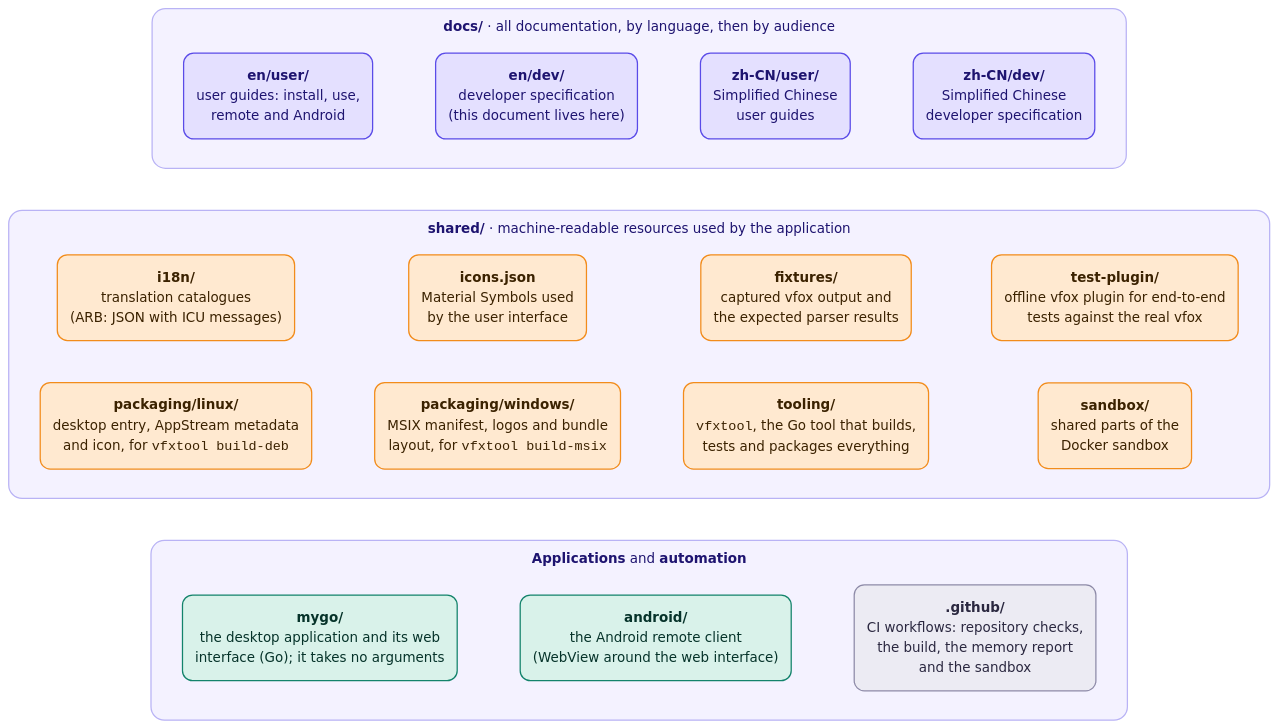
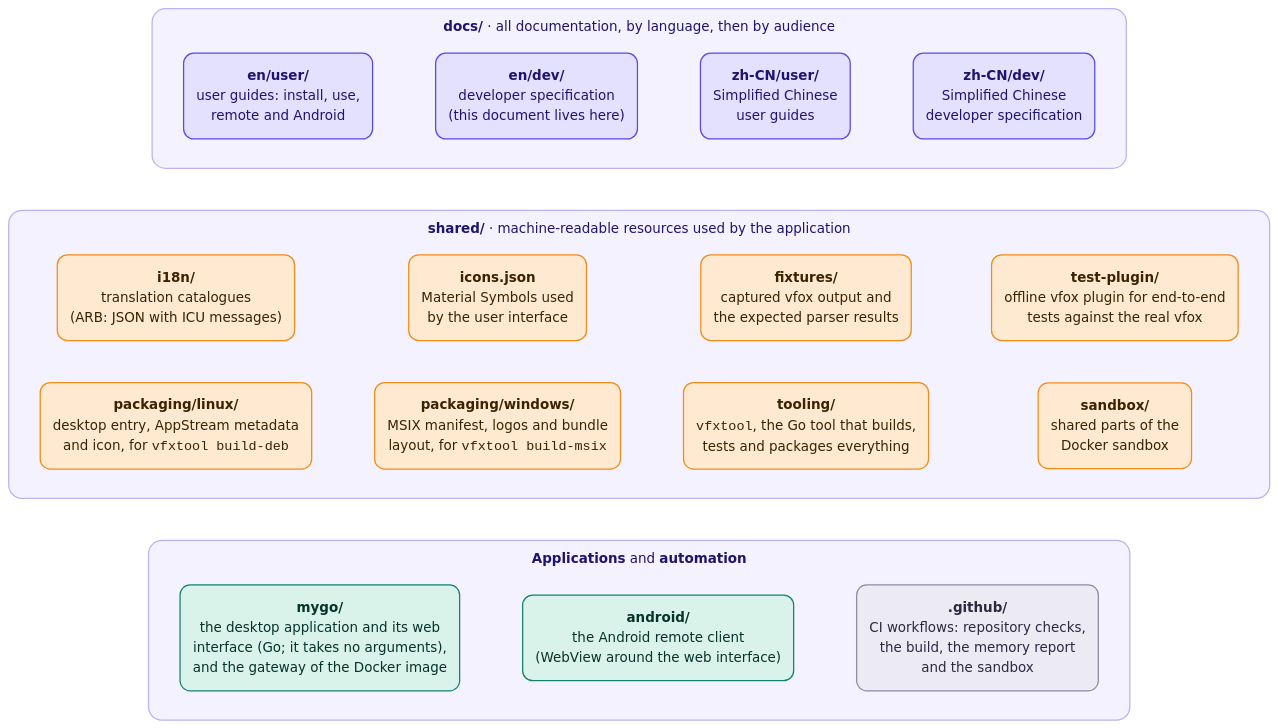
The first of 5 diagrams in docs/en/dev/architecture.md (version-fox/vfox-plus), drawn with Mermaid before and after one commit. The commit also changed other lines of this file and 13 other files, not shown here.

````diff
--- a/docs/en/dev/architecture.md
+++ b/docs/en/dev/architecture.md
@@ -14,51 +14,51 @@
 ```mermaid
 ---
 config:
   theme: base
   themeVariables:
     fontFamily: "system-ui, -apple-system, 'Segoe UI', 'Noto Sans', 'Noto Sans CJK SC', 'PingFang SC', 'Microsoft YaHei', sans-serif"
     lineColor: "#7C79A8"
     primaryColor: "#FFE9D0"
     primaryBorderColor: "#F28C1B"
     primaryTextColor: "#3B2200"
     clusterBkg: "#F4F2FF"
     clusterBorder: "#B9B3F5"
     titleColor: "#1E1470"
     edgeLabelBackground: "#FFFFFF"
   flowchart:
     curve: basis
     wrappingWidth: 320
     subGraphTitleMargin:
       top: 10
       bottom: 8
 ---
 flowchart TB
     accTitle: Repository layout
-    accDescr: docs holds the documentation, shared the resources used by the application, mygo and android the applications, and .github the CI workflows.
+    accDescr: docs holds the documentation, shared the resources used by the application, mygo the application and the gateway of the Docker image, android the Android client, and .github the CI workflows.
     subgraph docs["<b>docs/</b> · all documentation, by language, then by audience"]
         direction LR
         d1("<b>en/user/</b><br/>user guides: install, use,<br/>remote and Android") ~~~ d2("<b>en/dev/</b><br/>developer specification<br/>(this document lives here)") ~~~ d3("<b>zh-CN/user/</b><br/>Simplified Chinese<br/>user guides") ~~~ d4("<b>zh-CN/dev/</b><br/>Simplified Chinese<br/>developer specification")
     end
     subgraph shared["<b>shared/</b> · machine-readable resources used by the application"]
         direction LR
         s1("<b>i18n/</b><br/>translation catalogues<br/>(ARB: JSON with ICU messages)") ~~~ s2("<b>icons.json</b><br/>Material Symbols used<br/>by the user interface") ~~~ s3("<b>fixtures/</b><br/>captured vfox output and<br/>the expected parser results") ~~~ s4("<b>test-plugin/</b><br/>offline vfox plugin for end-to-end<br/>tests against the real vfox")
         s5("<b>packaging/linux/</b><br/>desktop entry, AppStream metadata<br/>and icon, for <code>vfxtool build-deb</code>") ~~~ s6("<b>packaging/windows/</b><br/>MSIX manifest, logos and bundle<br/>layout, for <code>vfxtool build-msix</code>") ~~~ s7("<b>tooling/</b><br/><code>vfxtool</code>, the Go tool that builds,<br/>tests and packages everything") ~~~ s8("<b>sandbox/</b><br/>shared parts of the<br/>Docker sandbox")
     end
     subgraph code["<b>Applications</b> and <b>automation</b>"]
         direction LR
-        m("<b>mygo/</b><br/>the desktop application and its web<br/>interface (Go); it takes no arguments") ~~~ a("<b>android/</b><br/>the Android remote client<br/>(WebView around the web interface)") ~~~ g("<b>.github/</b><br/>CI workflows: repository checks,<br/>the build, the memory report<br/>and the sandbox")
+        m("<b>mygo/</b><br/>the desktop application and its web<br/>interface (Go; it takes no arguments),<br/>and the gateway of the Docker image") ~~~ a("<b>android/</b><br/>the Android remote client<br/>(WebView around the web interface)") ~~~ g("<b>.github/</b><br/>CI workflows: repository checks,<br/>the build, the memory report<br/>and the sandbox")
     end
     docs ~~~ shared ~~~ code
 
     classDef docs fill:#E4E0FF,stroke:#5A4BE8,color:#1E1470,stroke-width:1.5px,rx:12,ry:12
     classDef shared fill:#FFE9D0,stroke:#F28C1B,color:#3B2200,stroke-width:1.5px,rx:12,ry:12
     classDef app fill:#D9F2EA,stroke:#13836B,color:#06332A,stroke-width:1.5px,rx:12,ry:12
     classDef ci fill:#ECEBF3,stroke:#8E8BA8,color:#2B2840,stroke-width:1.5px,rx:12,ry:12
     class d1,d2,d3,d4 docs
     class s1,s2,s3,s4,s5,s6,s7,s8 shared
     class m,a app
     class g ci
     style docs fill:#F4F2FF,stroke:#B9B3F5,stroke-width:1.5px,rx:16,ry:16
     style shared fill:#F4F2FF,stroke:#B9B3F5,stroke-width:1.5px,rx:16,ry:16
     style code fill:#F4F2FF,stroke:#B9B3F5,stroke-width:1.5px,rx:16,ry:16
 ```
````
